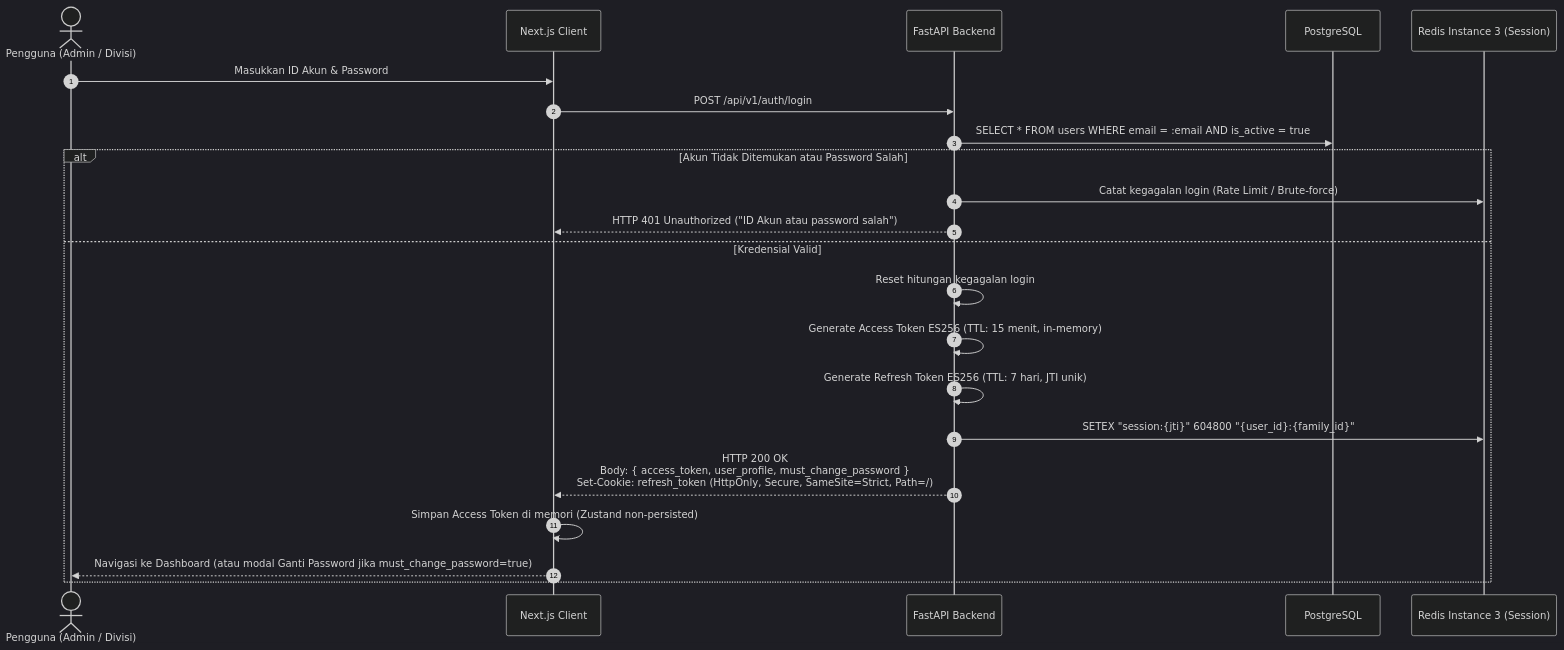
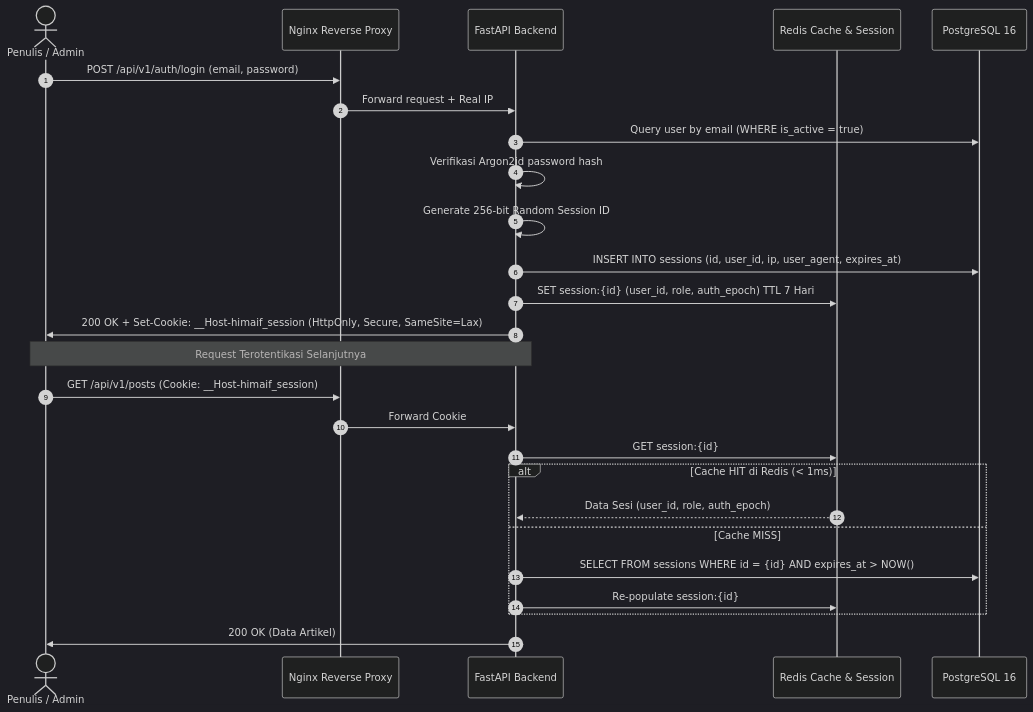
The diagram in planning/AUTH_AND_RBAC.md (NabilHilmi21/himaiftelkomuniv), drawn with Mermaid (dark theme) before and after one commit. The commit also changed other lines of this file and 11 other files, not shown here.

Commit message:
docs(planning): pivot architecture to modern wordpress-like blog cms v3.0.0

````diff
--- a/planning/AUTH_AND_RBAC.md
+++ b/planning/AUTH_AND_RBAC.md
@@ -63,25 +75,30 @@
 ```mermaid
 sequenceDiagram
     autonumber
-    actor User as Pengguna (Admin / Divisi)
-    participant FE as Next.js Client
+    actor Client as Penulis / Admin
+    participant Nginx as Nginx Reverse Proxy
     participant API as FastAPI Backend
-    participant DB as PostgreSQL
-    participant Redis as Redis Instance 3 (Session)
+    participant Redis as Redis Cache & Session
+    participant DB as PostgreSQL 16
 
-    User->>FE: Masukkan ID Akun & Password
-    FE->>API: POST /api/v1/auth/login
-    API->>DB: SELECT * FROM users WHERE email = :email AND is_active = true
-    alt Akun Tidak Ditemukan atau Password Salah
-        API->>Redis: Catat kegagalan login (Rate Limit / Brute-force)
-        API-->>FE: HTTP 401 Unauthorized ("ID Akun atau password salah")
-    else Kredensial Valid
-        API->>API: Reset hitungan kegagalan login
-        API->>API: Generate Access Token ES256 (TTL: 15 menit, in-memory)
-        API->>API: Generate Refresh Token ES256 (TTL: 7 hari, JTI unik)
-        API->>Redis: SETEX "session:{jti}" 604800 "{user_id}:{family_id}"
-        API-->>FE: HTTP 200 OK<br/>Body: { access_token, user_profile, must_change_password }<br/>Set-Cookie: refresh_token (HttpOnly, Secure, SameSite=Strict, Path=/)
-        FE->>FE: Simpan Access Token di memori (Zustand non-persisted)
-        FE-->>User: Navigasi ke Dashboard (atau modal Ganti Password jika must_change_password=true)
+    Client->>Nginx: POST /api/v1/auth/login (email, password)
+    Nginx->>API: Forward request + Real IP
+    API->>DB: Query user by email (WHERE is_active = true)
+    API->>API: Verifikasi Argon2id password hash
+    API->>API: Generate 256-bit Random Session ID
+    API->>DB: INSERT INTO sessions (id, user_id, ip, user_agent, expires_at)
+    API->>Redis: SET session:{id} (user_id, role, auth_epoch) TTL 7 Hari
+    API->>Client: 200 OK + Set-Cookie: __Host-himaif_session (HttpOnly, Secure, SameSite=Lax)
+    
+    Note over Client,API: Request Terotentikasi Selanjutnya
+    Client->>Nginx: GET /api/v1/posts (Cookie: __Host-himaif_session)
+    Nginx->>API: Forward Cookie
+    API->>Redis: GET session:{id}
+    alt Cache HIT di Redis (< 1ms)
+        Redis-->>API: Data Sesi (user_id, role, auth_epoch)
+    else Cache MISS
+        API->>DB: SELECT FROM sessions WHERE id = {id} AND expires_at > NOW()
+        API->>Redis: Re-populate session:{id}
     end
+    API->>Client: 200 OK (Data Artikel)
 ```
````
